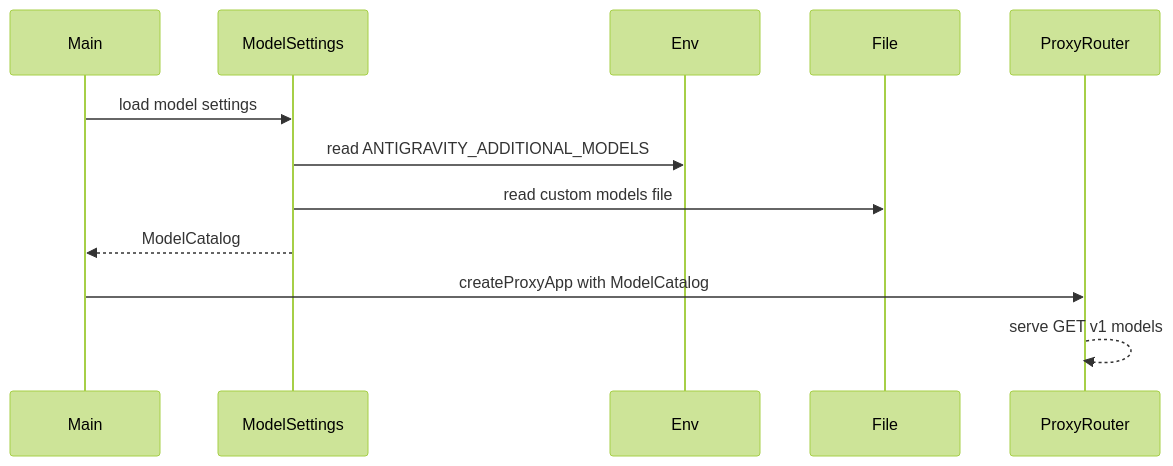
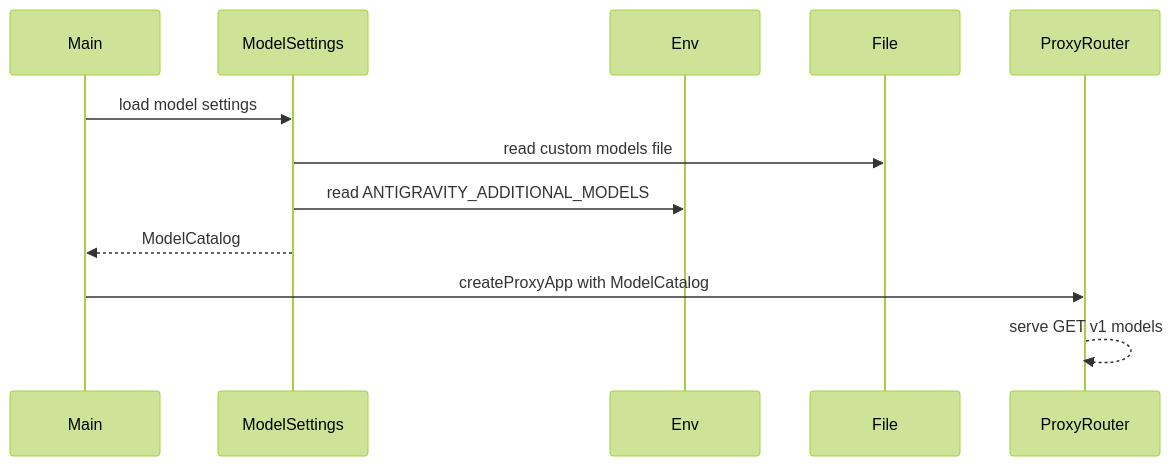
One commit to yohi/codex-antigravity-adapter changed the second of 2 diagrams in .kiro/specs/codex-cli-model-display/design.md. Above: the diagram before and after it, drawn with Mermaid (forest theme). The commit also changed other lines of this file, not shown here.

Commit message:
docs: codex-cli-model-displayの設計仕様を更新

````diff
--- a/.kiro/specs/codex-cli-model-display/design.md
+++ b/.kiro/specs/codex-cli-model-display/design.md
@@ -77,15 +78,15 @@
 ```mermaid
 sequenceDiagram
     participant Main
     participant ModelSettings
     participant Env
     participant File
     participant ProxyRouter
 
     Main->>ModelSettings: load model settings
+    ModelSettings->>File: read custom models file
     ModelSettings->>Env: read ANTIGRAVITY_ADDITIONAL_MODELS
-    ModelSettings->>File: read custom models file
     ModelSettings-->>Main: ModelCatalog
     Main->>ProxyRouter: createProxyApp with ModelCatalog
     ProxyRouter-->>ProxyRouter: serve GET v1 models
 ```
````
